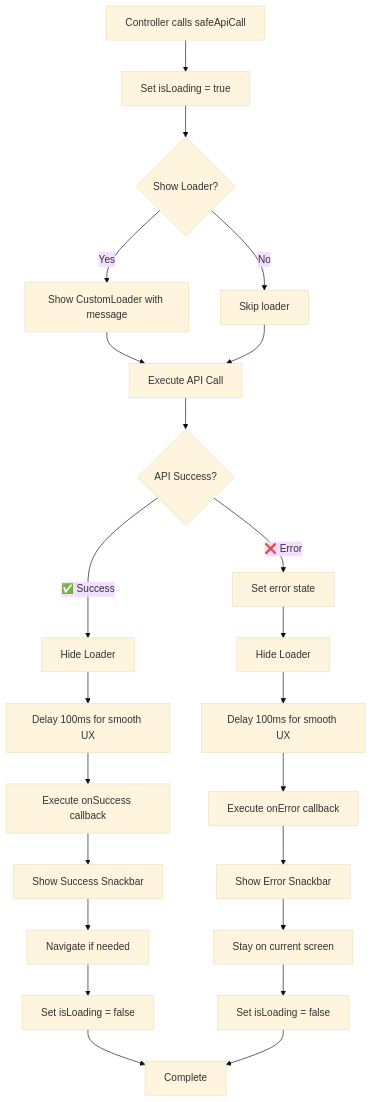
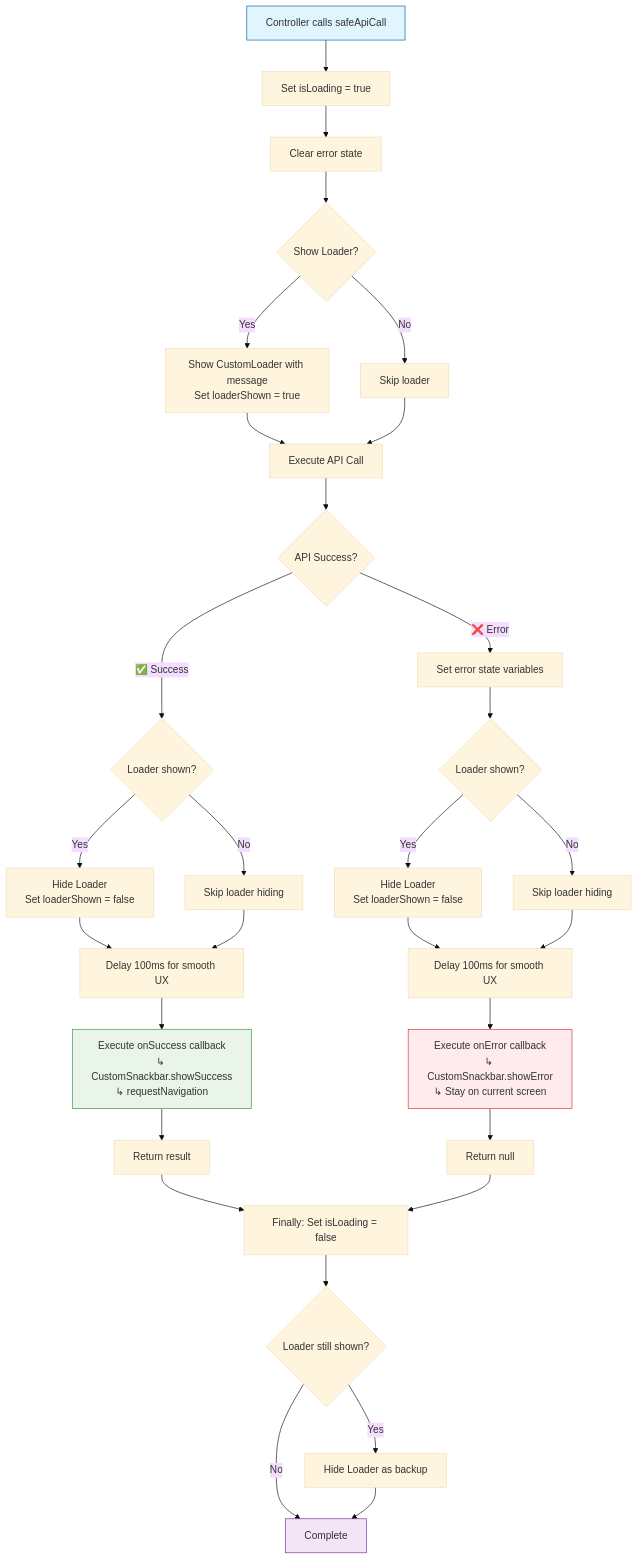
One commit to nomatake/KiokuNaviApp changed the first of 3 diagrams in docs/API_CALL_GUIDANCE.md. Above: the diagram before and after it, drawn with Mermaid (base theme). The commit also changed other lines of this file, not shown here.

````diff
--- a/docs/API_CALL_GUIDANCE.md
+++ b/docs/API_CALL_GUIDANCE.md
@@ -74,28 +74,40 @@
 ```mermaid
 flowchart TD
     A[Controller calls safeApiCall] --> B[Set isLoading = true]
-    B --> C{Show Loader?}
-    C -->|Yes| D[Show CustomLoader with message]
-    C -->|No| E[Skip loader]
-    D --> F[Execute API Call]
-    E --> F
-    F --> G{API Success?}
+    B --> C[Clear error state]
+    C --> D{Show Loader?}
+    D -->|Yes| E[Show CustomLoader with message<br/>Set loaderShown = true]
+    D -->|No| F[Skip loader]
+    E --> G[Execute API Call]
+    F --> G
+    G --> H{API Success?}
     
-    G -->|✅ Success| H[Hide Loader]
-    H --> I[Delay 100ms for smooth UX]
-    I --> J[Execute onSuccess callback]
-    J --> K[Show Success Snackbar]
-    K --> L[Navigate if needed]
-    L --> M[Set isLoading = false]
+    H -->|✅ Success| I{Loader shown?}
+    I -->|Yes| J[Hide Loader<br/>Set loaderShown = false]
+    I -->|No| K[Skip loader hiding]
+    J --> L[Delay 100ms for smooth UX]
+    K --> L
+    L --> M[Execute onSuccess callback<br/>↳ CustomSnackbar.showSuccess<br/>↳ requestNavigation]
+    M --> N[Return result]
     
-    G -->|❌ Error| N[Set error state]
-    N --> O[Hide Loader]
-    O --> P[Delay 100ms for smooth UX]
-    P --> Q[Execute onError callback]
-    Q --> R[Show Error Snackbar]
-    R --> S[Stay on current screen]
-    S --> T[Set isLoading = false]
+    H -->|❌ Error| O[Set error state variables]
+    O --> P{Loader shown?}
+    P -->|Yes| Q[Hide Loader<br/>Set loaderShown = false]
+    P -->|No| R[Skip loader hiding]
+    Q --> S[Delay 100ms for smooth UX]
+    R --> S
+    S --> T[Execute onError callback<br/>↳ CustomSnackbar.showError<br/>↳ Stay on current screen]
+    T --> U[Return null]
     
-    M --> END[Complete]
-    T --> END
+    N --> V[Finally: Set isLoading = false]
+    U --> V
+    V --> W{Loader still shown?}
+    W -->|Yes| X[Hide Loader as backup]
+    W -->|No| Y[Complete]
+    X --> Y
+    
+    style M fill:#e8f5e8,stroke:#388e3c
+    style T fill:#ffebee,stroke:#d32f2f
+    style A fill:#e1f5fe,stroke:#01579b
+    style Y fill:#f3e5f5,stroke:#7b1fa2
 ```
````
